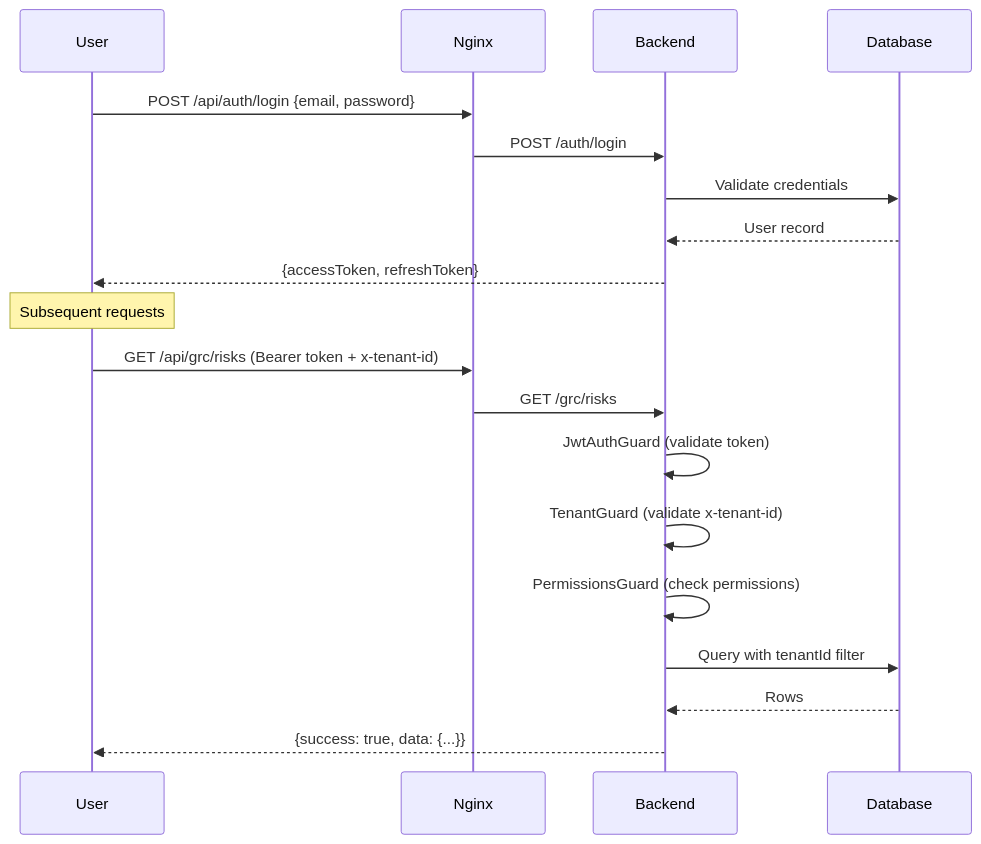
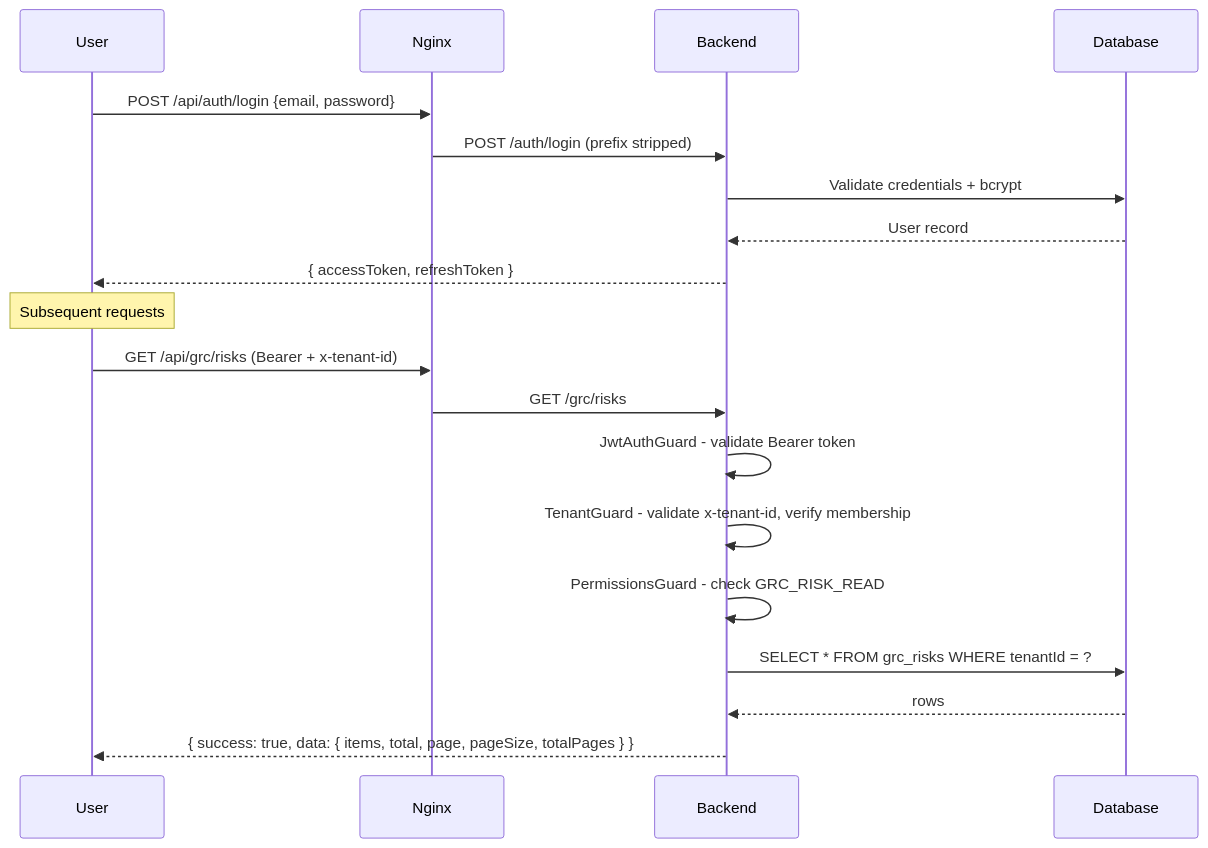
Before and after one commit to Gokhanagingil/grc: the second of 2 diagrams in docs/suite/02_TECHNICAL.md, drawn with Mermaid. The commit also changed other lines of this file, not shown here.

First line of the commit message:
docs: write full 02_TECHNICAL.md — complete technical architecture guide

````diff
--- a/docs/suite/02_TECHNICAL.md
+++ b/docs/suite/02_TECHNICAL.md
@@ -181,21 +558,21 @@
 ```mermaid
 sequenceDiagram
     participant U as User
     participant N as Nginx
     participant B as Backend
     participant DB as Database
     U->>N: POST /api/auth/login {email, password}
-    N->>B: POST /auth/login
-    B->>DB: Validate credentials
+    N->>B: POST /auth/login (prefix stripped)
+    B->>DB: Validate credentials + bcrypt
     DB-->>B: User record
-    B-->>U: {accessToken, refreshToken}
+    B-->>U: { accessToken, refreshToken }
     Note over U: Subsequent requests
-    U->>N: GET /api/grc/risks (Bearer token + x-tenant-id)
+    U->>N: GET /api/grc/risks (Bearer + x-tenant-id)
     N->>B: GET /grc/risks
-    B->>B: JwtAuthGuard (validate token)
-    B->>B: TenantGuard (validate x-tenant-id)
-    B->>B: PermissionsGuard (check permissions)
-    B->>DB: Query with tenantId filter
-    DB-->>B: Rows
-    B-->>U: {success: true, data: {...}}
+    B->>B: JwtAuthGuard - validate Bearer token
+    B->>B: TenantGuard - validate x-tenant-id, verify membership
+    B->>B: PermissionsGuard - check GRC_RISK_READ
+    B->>DB: SELECT * FROM grc_risks WHERE tenantId = ?
+    DB-->>B: rows
+    B-->>U: { success: true, data: { items, total, page, pageSize, totalPages } }
 ```
````
